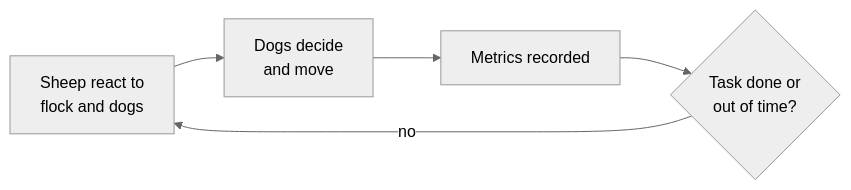
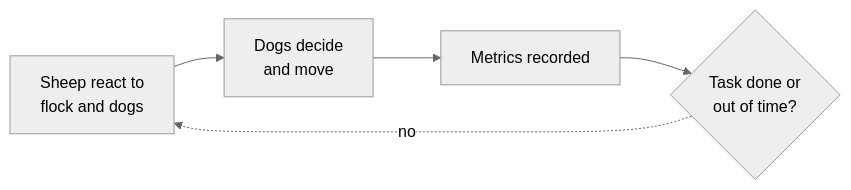
One commit to lykimq/HerdSim changed the second of 3 diagrams in docs/codes/architecture.md. Above: the diagram before and after it, drawn with Mermaid (neutral theme). The commit also changed other lines of this file and 48 other files, not shown here.

````diff
--- a/docs/codes/architecture.md
+++ b/docs/codes/architecture.md
@@ -106,7 +106,7 @@
 ```mermaid
 flowchart LR
     sheep["Sheep react to<br/>flock and dogs"] --> dogs["Dogs decide<br/>and move"]
     dogs --> metrics["Metrics recorded"]
     metrics --> done{"Task done or<br/>out of time?"}
-    done -- "no" --> sheep
+    done -. "no" .-> sheep
 ```
````
